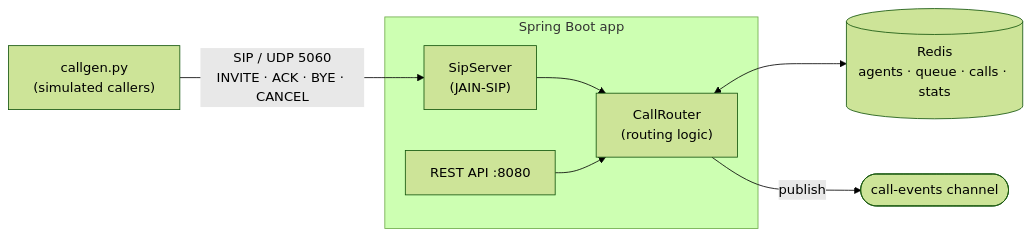
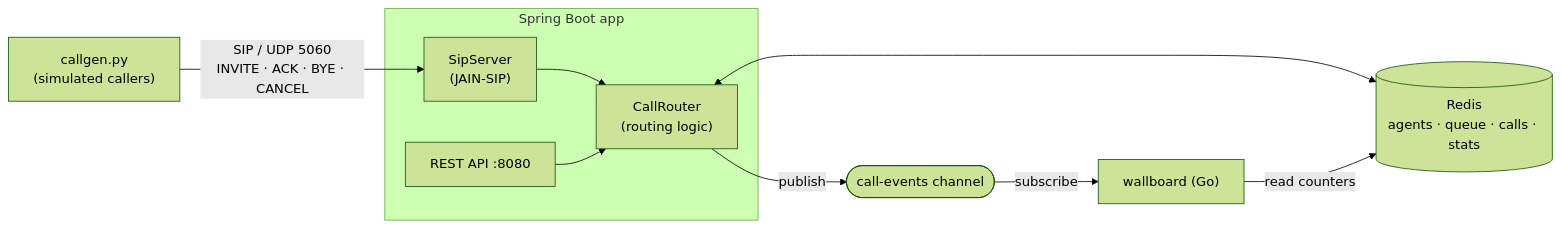
The diagram in README.md (Atelci/sip-call-router), drawn with Mermaid (forest theme) before and after one commit. The commit also changed other lines of this file and 8 other files, not shown here.

````diff
--- a/README.md
+++ b/README.md
@@ -11,10 +11,12 @@
 ```mermaid
 flowchart LR
     G["callgen.py<br/>(simulated callers)"] -- "SIP / UDP 5060<br/>INVITE · ACK · BYE · CANCEL" --> S
     subgraph App["Spring Boot app"]
         S["SipServer<br/>(JAIN-SIP)"] --> R["CallRouter<br/>(routing logic)"]
         API["REST API :8080"] --> R
     end
     R <--> Redis[("Redis<br/>agents · queue · calls · stats")]
     R -- "publish" --> E(["call-events channel"])
+    E -- "subscribe" --> W["wallboard (Go)"]
+    W -- "read counters" --> Redis
 ```
````
